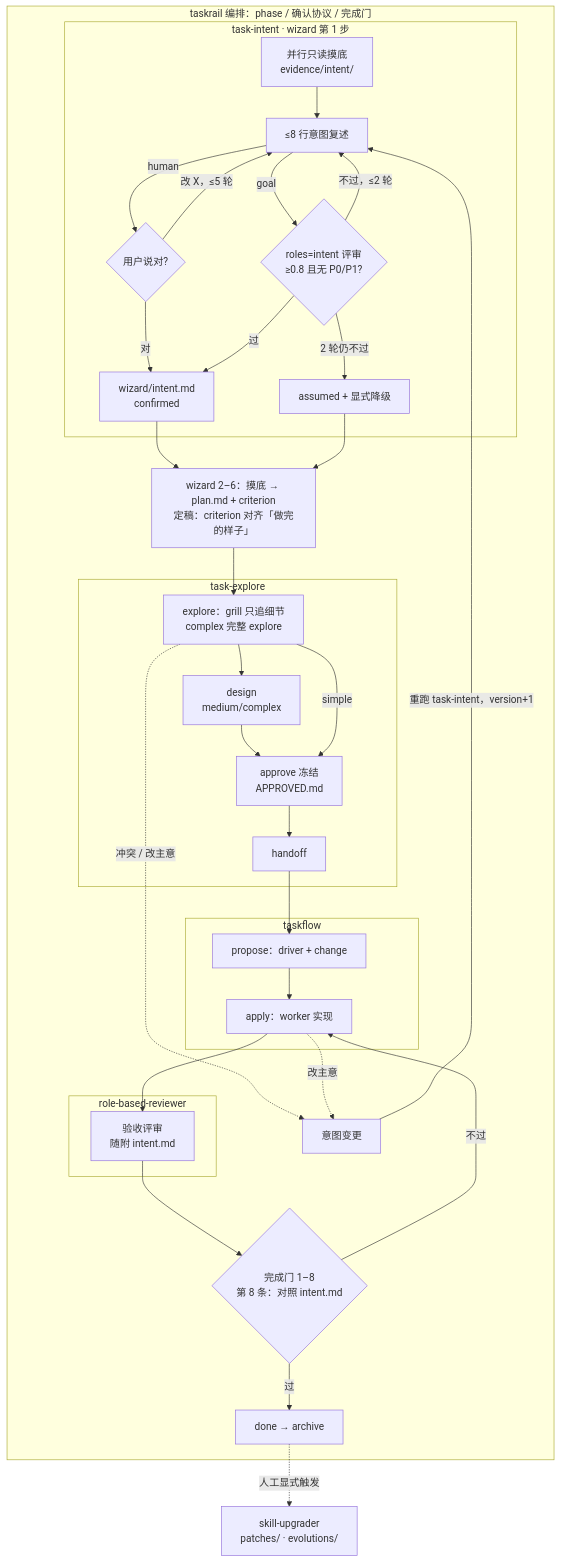
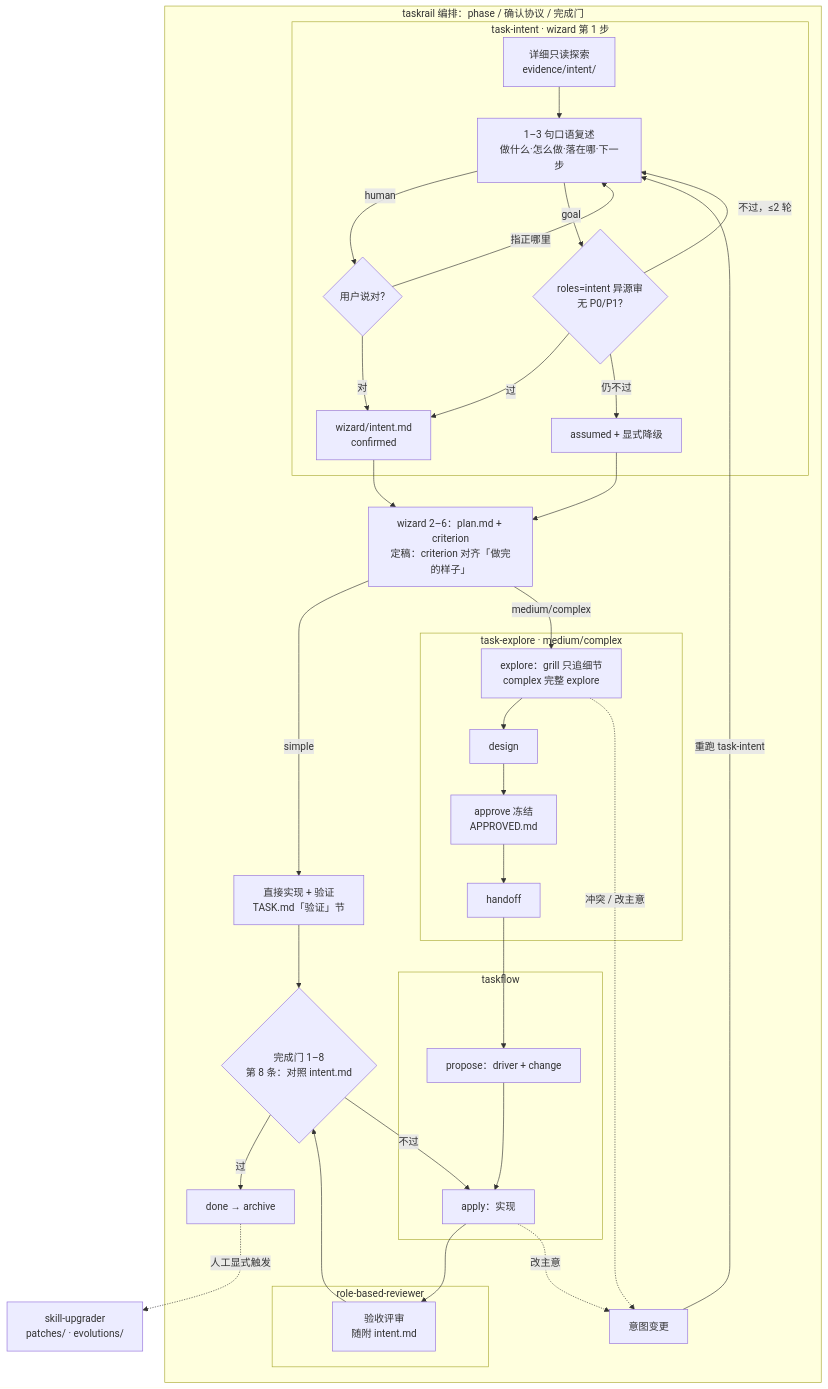
One commit to sunzhenkai/solo-skills changed the diagram in docs/task-flow/README.md. Above: the diagram before and after it, drawn with Mermaid. The commit also changed other lines of this file and 87 other files, not shown here.

Commit message:
task 族瘦身，去掉把人挡在术语后面的硬约束：simple 档改为定稿后直接实现 + 验证（不建 driver）、一本账精简交接载荷、数字门槛降为建议、Web UI 重型门只留 complex；role-based-reviewer 与 task-intent 的多份 references 各合并为 protocol.md / intent.md，glossary 并入 contract，意图复述改自然口语。check-style 相应只把结构约束当错误，体量超限降为告警。

````diff
--- a/docs/task-flow/README.md
+++ b/docs/task-flow/README.md
@@ -18,39 +18,40 @@
 ```mermaid
 flowchart TD
   subgraph TR[taskrail 编排：phase / 确认协议 / 完成门]
     subgraph TI[task-intent · wizard 第 1 步]
-      P[并行只读摸底<br/>evidence/intent/] --> S[≤8 行意图复述]
+      P[详细只读探索<br/>evidence/intent/] --> S[1–3 句口语复述<br/>做什么·怎么做·落在哪·下一步]
       S -->|human| H{用户说对?}
-      H -->|改 X，≤5 轮| S
-      S -->|goal| G{roles=intent 评审<br/>≥0.8 且无 P0/P1?}
+      H -->|指正哪里| S
+      S -->|goal| G{roles=intent 异源审<br/>无 P0/P1?}
       G -->|不过，≤2 轮| S
       H -->|对| C[wizard/intent.md<br/>confirmed]
       G -->|过| C
-      G -->|2 轮仍不过| AS[assumed + 显式降级]
+      G -->|仍不过| AS[assumed + 显式降级]
     end
-    C --> W[wizard 2–6：摸底 → plan.md + criterion<br/>定稿：criterion 对齐「做完的样子」]
+    C --> W[wizard 2–6：plan.md + criterion<br/>定稿：criterion 对齐「做完的样子」]
     AS --> W
-    subgraph TE[task-explore]
-      E[explore：grill 只追细节<br/>complex 完整 explore] --> D[design<br/>medium/complex]
+    W -->|simple| SI[直接实现 + 验证<br/>TASK.md「验证」节]
+    subgraph TE[task-explore · medium/complex]
+      E[explore：grill 只追细节<br/>complex 完整 explore] --> D[design]
       D --> A[approve 冻结<br/>APPROVED.md]
-      E -->|simple| A
       A --> HO[handoff]
     end
-    W --> E
+    W -->|medium/complex| E
     subgraph TF[taskflow]
-      PR[propose：driver + change] --> AP[apply：worker 实现]
+      PR[propose：driver + change] --> AP[apply：实现]
     end
     HO --> PR
     subgraph RB[role-based-reviewer]
       R[验收评审<br/>随附 intent.md]
     end
     AP --> R
     R --> DG{完成门 1–8<br/>第 8 条：对照 intent.md}
+    SI --> DG
     DG -->|不过| AP
     DG -->|过| DONE[done → archive]
     E -. 冲突 / 改主意 .-> IC[意图变更]
     AP -. 改主意 .-> IC
-    IC -->|重跑 task-intent，version+1| S
+    IC -->|重跑 task-intent| S
   end
   DONE -. 人工显式触发 .-> SU[skill-upgrader<br/>patches/ · evolutions/]
 ```
````
